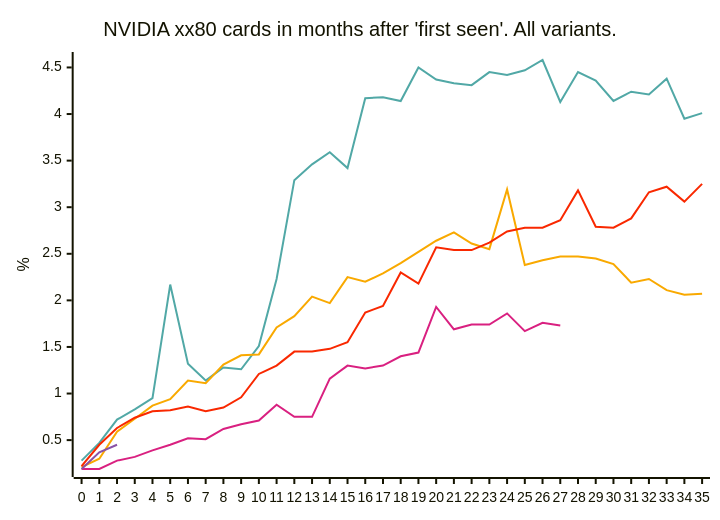
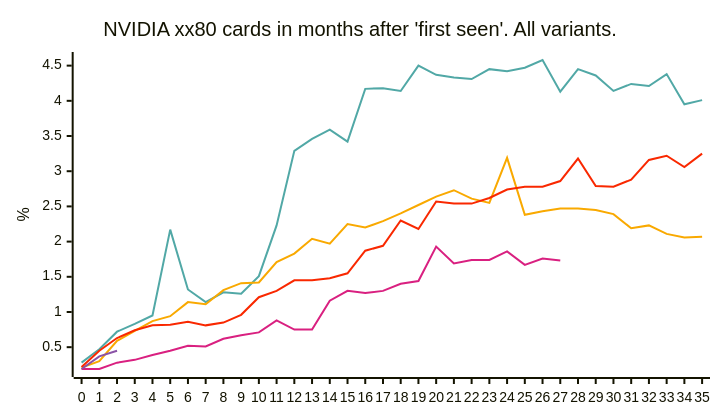
One commit to jdegene/birch-mapping changed the second of 4 diagrams in README.md. Above: the diagram before and after it, drawn with Mermaid. The commit also changed other lines of this file, not shown here.

````diff
--- a/README.md
+++ b/README.md
@@ -33,21 +35,24 @@
 ```mermaid
 ---
 config:
+    xyChart:
+        width: 700
+        height: 400
+        
     themeVariables:
         xyChart:
             plotColorPalette: "#51a8a6,#f9a900,#f92800,#d92080,#8a52a6"
-            width: 700
-            height: 200
+
 --- 
 
 
 xychart-beta
     title "NVIDIA xx80 cards in months after 'first seen'. All variants."
     x-axis[0, 1, 2, 3, 4, 5, 6, 7, 8, 9, 10, 11, 12, 13, 14, 15, 16, 17, 18, 19, 20, 21, 22, 23, 24, 25, 26, 27, 28, 29, 30, 31, 32, 33, 34, 35]
     y-axis "%" 
     line [0.27999999999999997, 0.47000000000000003, 0.72, 0.83, 0.95, 2.17, 1.32, 1.1400000000000001, 1.2799999999999998, 1.26, 1.5099999999999998, 2.23, 3.29, 3.46, 3.5900000000000003, 3.42, 4.17, 4.180000000000001, 4.14, 4.5, 4.37, 4.33, 4.31, 4.45, 4.42, 4.470000000000001, 4.58, 4.130000000000001, 4.45, 4.36, 4.14, 4.24, 4.21, 4.38, 3.95, 4.01]
     line [0.21, 0.3, 0.59, 0.7299999999999999, 0.8699999999999999, 0.9400000000000001, 1.1400000000000001, 1.1099999999999999, 1.31, 1.41, 1.4200000000000002, 1.71, 1.83, 2.04, 1.97, 2.25, 2.1999999999999997, 2.29, 2.4, 2.52, 2.64, 2.73, 2.6100000000000003, 2.5500000000000003, 3.19, 2.3800000000000003, 2.43, 2.4699999999999998, 2.4699999999999998, 2.45, 2.3899999999999997, 2.19, 2.23, 2.11, 2.06, 2.07]
     line [0.22, 0.44999999999999996, 0.63, 0.74, 0.8099999999999999, 0.8200000000000001, 0.86, 0.8099999999999999, 0.8500000000000001, 0.96, 1.21, 1.3, 1.4500000000000002, 1.45, 1.48, 1.55, 1.87, 1.94, 2.3, 2.18, 2.5700000000000003, 2.54, 2.54, 2.62, 2.74, 2.78, 2.78, 2.86, 3.18, 2.79, 2.78, 2.88, 3.16, 3.2199999999999998, 3.06, 3.25]
     line [0.19, 0.19, 0.27999999999999997, 0.32, 0.38999999999999996, 0.44999999999999996, 0.52, 0.51, 0.62, 0.67, 0.7100000000000001, 0.88, 0.75, 0.75, 1.16, 1.3, 1.27, 1.3, 1.4000000000000001, 1.44, 1.9299999999999997, 1.69, 1.7399999999999998, 1.7399999999999998, 1.8599999999999999, 1.67, 1.7599999999999998, 1.73]
     line [0.19, 0.37, 0.44999999999999996]
 ``` 
````
